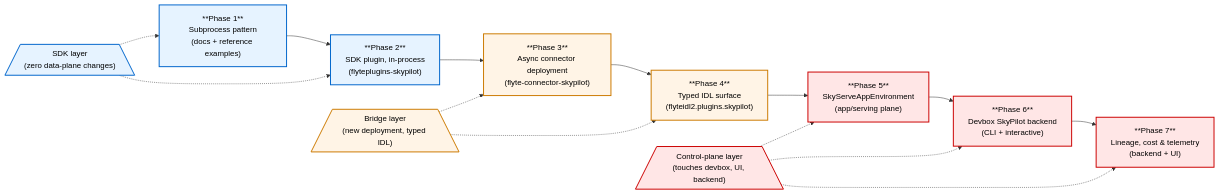
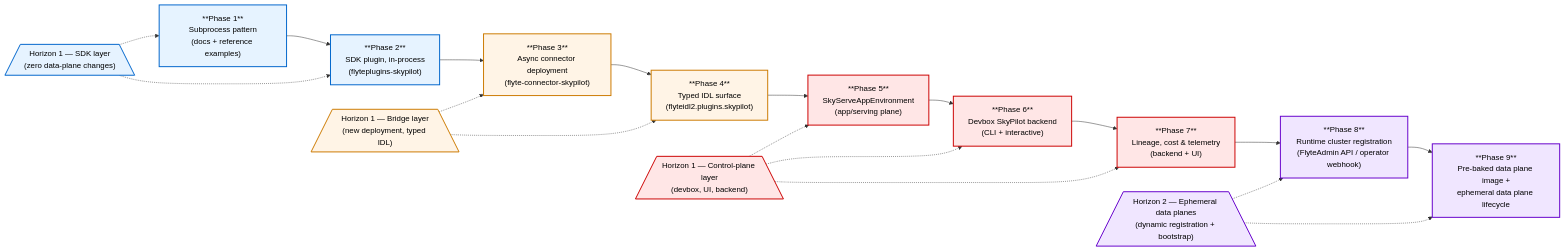
The fourth of 4 diagrams in examples/reference_stacks/flyres_stack/SPEC_SKYPILOT_INTEGRATION.md (flyteorg/flyte-sdk), drawn with Mermaid before and after one commit. The commit also changed other lines of this file and 4 other files, not shown here.

````diff
--- a/examples/reference_stacks/flyres_stack/SPEC_SKYPILOT_INTEGRATION.md
+++ b/examples/reference_stacks/flyres_stack/SPEC_SKYPILOT_INTEGRATION.md
@@ -814,28 +845,34 @@
 ```mermaid
 flowchart LR
     classDef surface fill:#e6f3ff,stroke:#0066cc,stroke-width:2px,color:#000
     classDef bridge fill:#fff4e6,stroke:#cc7a00,stroke-width:2px,color:#000
     classDef deep fill:#ffe6e6,stroke:#cc0000,stroke-width:2px,color:#000
+    classDef h2 fill:#f0e6ff,stroke:#6600cc,stroke-width:2px,color:#000
 
     P1["**Phase 1**<br/>Subprocess pattern<br/>(docs + reference examples)"]:::surface
     P2["**Phase 2**<br/>SDK plugin, in-process<br/>(flyteplugins-skypilot)"]:::surface
     P3["**Phase 3**<br/>Async connector deployment<br/>(flyte-connector-skypilot)"]:::bridge
     P4["**Phase 4**<br/>Typed IDL surface<br/>(flyteidl2.plugins.skypilot)"]:::bridge
     P5["**Phase 5**<br/>SkyServeAppEnvironment<br/>(app/serving plane)"]:::deep
     P6["**Phase 6**<br/>Devbox SkyPilot backend<br/>(CLI + interactive)"]:::deep
     P7["**Phase 7**<br/>Lineage, cost &amp; telemetry<br/>(backend + UI)"]:::deep
+    P8["**Phase 8**<br/>Runtime cluster registration<br/>(FlyteAdmin API / operator webhook)"]:::h2
+    P9["**Phase 9**<br/>Pre-baked data plane image +<br/>ephemeral data plane lifecycle"]:::h2
 
-    P1 --> P2 --> P3 --> P4 --> P5 --> P6 --> P7
+    P1 --> P2 --> P3 --> P4 --> P5 --> P6 --> P7 --> P8 --> P9
 
-    L1[/"SDK layer<br/>(zero data-plane changes)"\]:::surface
-    L2[/"Bridge layer<br/>(new deployment, typed IDL)"\]:::bridge
-    L3[/"Control-plane layer<br/>(touches devbox, UI, backend)"\]:::deep
+    L1[/"Horizon 1 — SDK layer<br/>(zero data-plane changes)"\]:::surface
+    L2[/"Horizon 1 — Bridge layer<br/>(new deployment, typed IDL)"\]:::bridge
+    L3[/"Horizon 1 — Control-plane layer<br/>(devbox, UI, backend)"\]:::deep
+    L4[/"Horizon 2 — Ephemeral data planes<br/>(dynamic registration + bootstrap)"\]:::h2
 
     L1 -.-> P1
     L1 -.-> P2
     L2 -.-> P3
     L2 -.-> P4
     L3 -.-> P5
     L3 -.-> P6
     L3 -.-> P7
+    L4 -.-> P8
+    L4 -.-> P9
 ```
````
